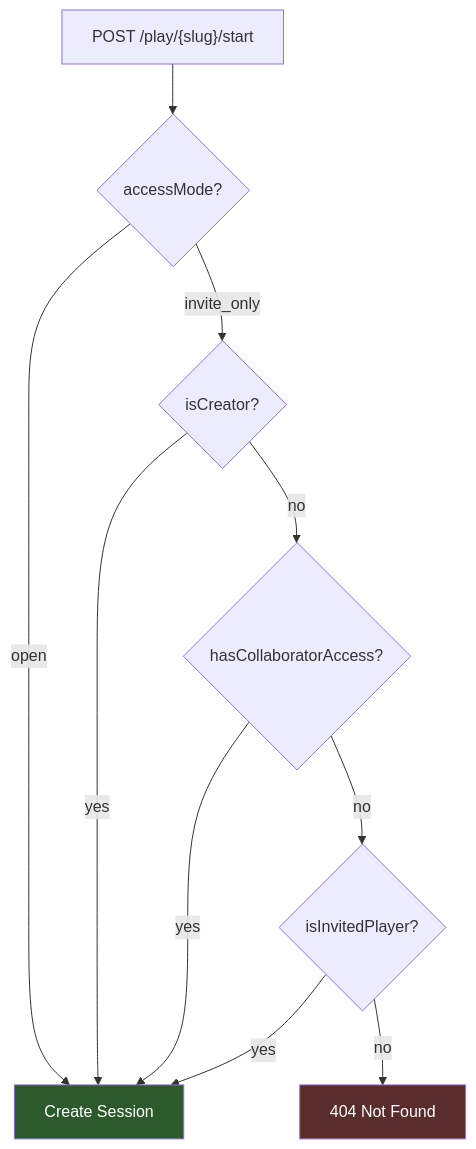
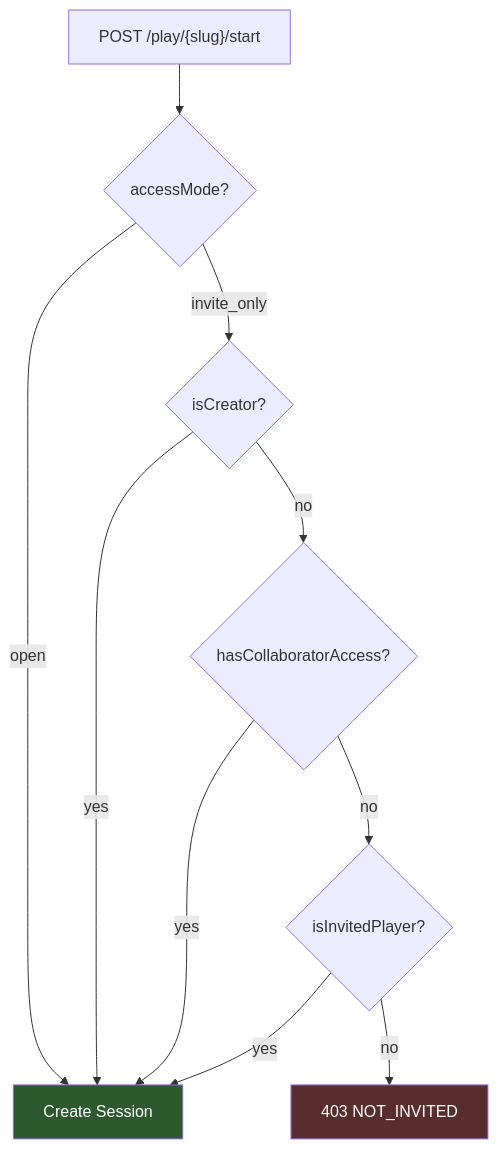
The second of 2 diagrams in .claude/features/play-link-sharing.md (catalinleca/HuntHub), drawn with Mermaid before and after one commit. The commit also changed other lines of this file and 4 other files, not shown here.

````diff
--- a/.claude/features/play-link-sharing.md
+++ b/.claude/features/play-link-sharing.md
@@ -96,15 +103,15 @@
 ```mermaid
 flowchart TD
     A["POST /play/{slug}/start"] --> B{accessMode?}
     B -->|open| OK[Create Session]
     B -->|invite_only| C{isCreator?}
     C -->|yes| OK
     C -->|no| D{hasCollaboratorAccess?}
     D -->|yes| OK
     D -->|no| E{isInvitedPlayer?}
     E -->|yes| OK
-    E -->|no| Z[404 Not Found]
+    E -->|no| Z[403 NOT_INVITED]
 
     style OK fill:#2d5a2d,color:#fff
     style Z fill:#5a2d2d,color:#fff
 ```
````
